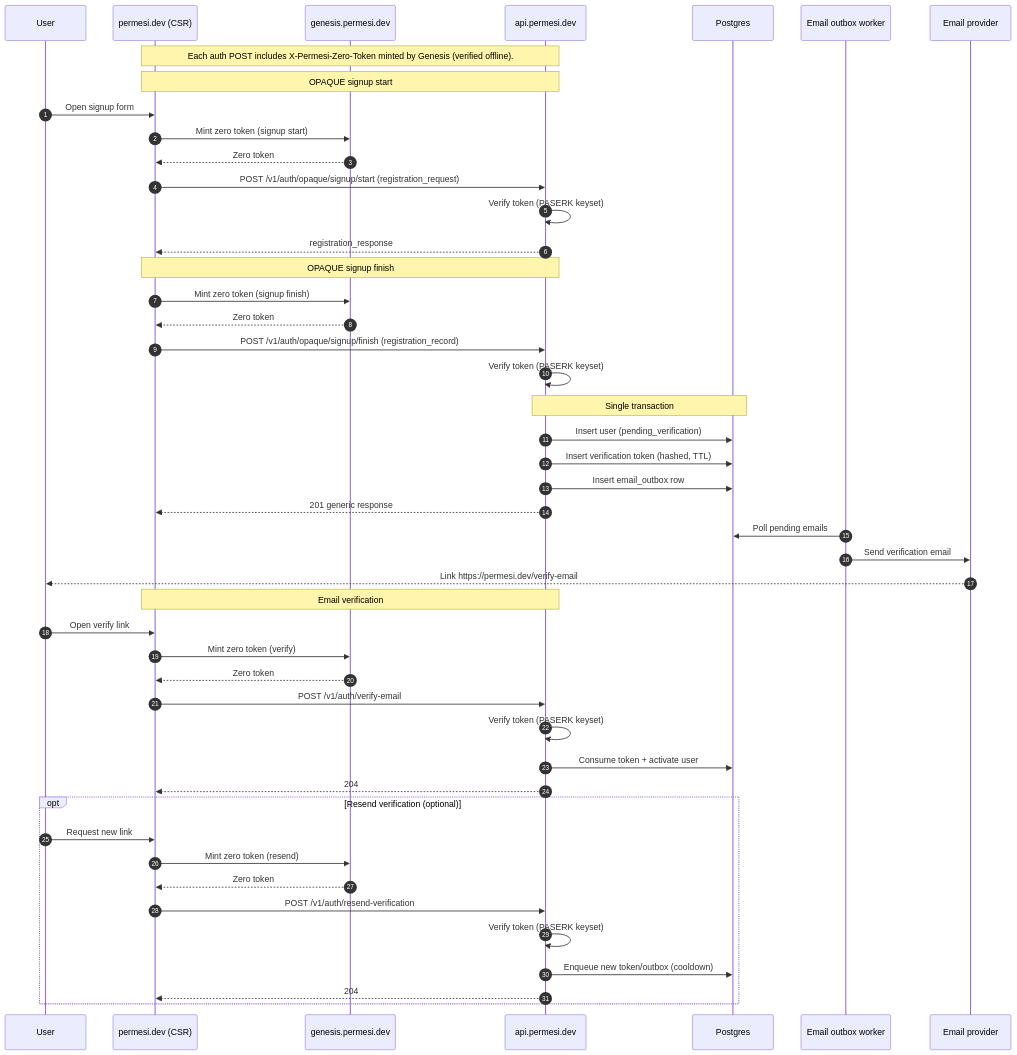
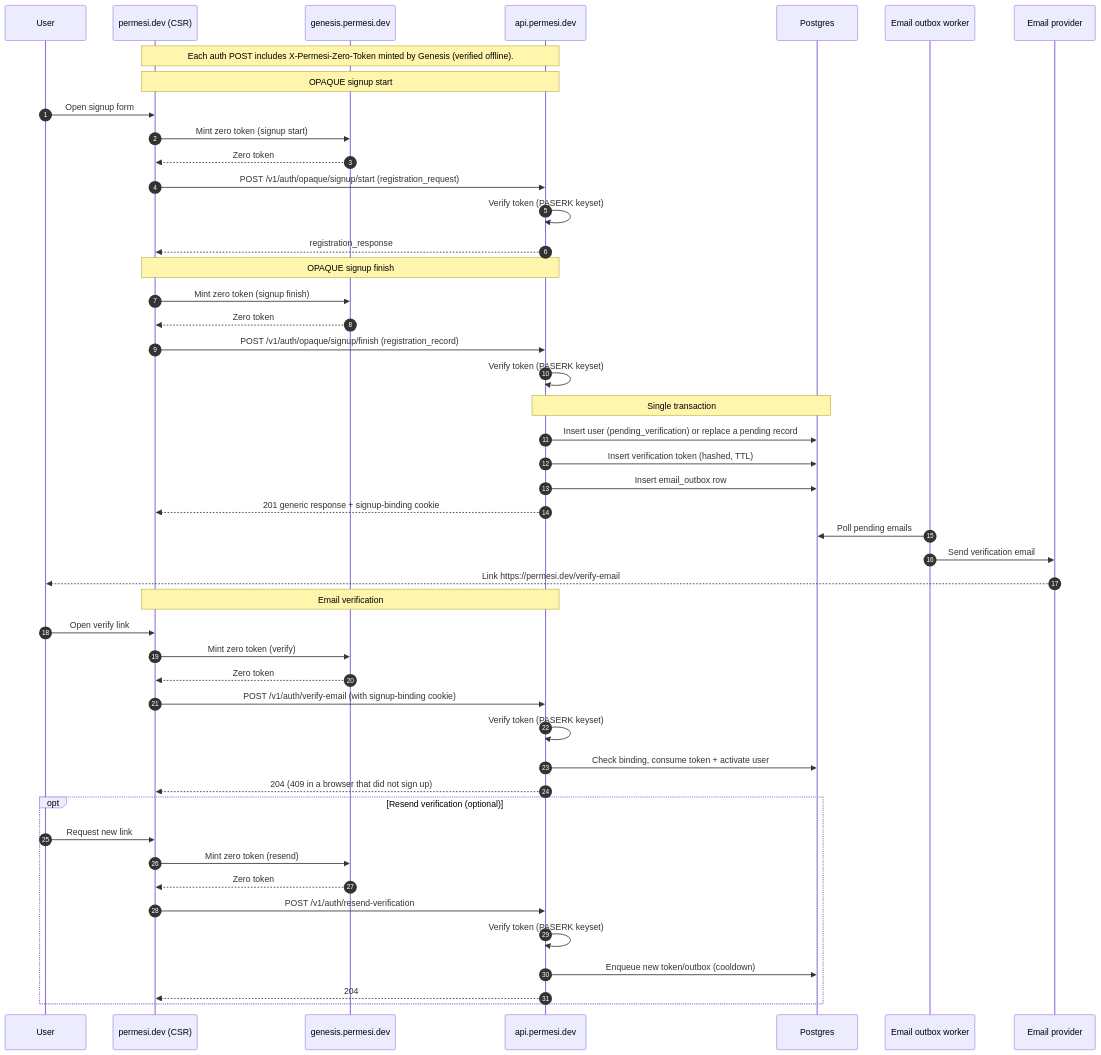
Before and after one commit to permesi/permesi: the first of 2 diagrams in apps/web/README.md, drawn with Mermaid. The commit also changed 17 other files, not shown here.

Commit message:
Bind email verification to the browser that signed up

````diff
--- a/apps/web/README.md
+++ b/apps/web/README.md
@@ -207,55 +207,55 @@
 ```mermaid
 sequenceDiagram
   autonumber
   participant User
   participant Web as permesi.dev (CSR)
   participant Genesis as genesis.permesi.dev
   participant API as api.permesi.dev
   participant DB as Postgres
   participant Outbox as Email outbox worker
   participant Mail as Email provider
 
   Note over Web,API: Each auth POST includes X-Permesi-Zero-Token minted by Genesis (verified offline).
 
   Note over Web,API: OPAQUE signup start
   User->>Web: Open signup form
   Web->>Genesis: Mint zero token (signup start)
   Genesis-->>Web: Zero token
   Web->>API: POST /v1/auth/opaque/signup/start (registration_request)
   API->>API: Verify token (PASERK keyset)
   API-->>Web: registration_response
 
   Note over Web,API: OPAQUE signup finish
   Web->>Genesis: Mint zero token (signup finish)
   Genesis-->>Web: Zero token
   Web->>API: POST /v1/auth/opaque/signup/finish (registration_record)
   API->>API: Verify token (PASERK keyset)
   Note over API,DB: Single transaction
-  API->>DB: Insert user (pending_verification)
+  API->>DB: Insert user (pending_verification) or replace a pending record
   API->>DB: Insert verification token (hashed, TTL)
   API->>DB: Insert email_outbox row
-  API-->>Web: 201 generic response
+  API-->>Web: 201 generic response + signup-binding cookie
 
   Outbox->>DB: Poll pending emails
   Outbox->>Mail: Send verification email
   Mail-->>User: Link https://permesi.dev/verify-email#token=...
 
   Note over Web,API: Email verification
   User->>Web: Open verify link
   Web->>Genesis: Mint zero token (verify)
   Genesis-->>Web: Zero token
-  Web->>API: POST /v1/auth/verify-email
+  Web->>API: POST /v1/auth/verify-email (with signup-binding cookie)
   API->>API: Verify token (PASERK keyset)
-  API->>DB: Consume token + activate user
-  API-->>Web: 204
+  API->>DB: Check binding, consume token + activate user
+  API-->>Web: 204 (409 in a browser that did not sign up)
 
       opt Resend verification (optional)
       User->>Web: Request new link
       Web->>Genesis: Mint zero token (resend)
       Genesis-->>Web: Zero token
       Web->>API: POST /v1/auth/resend-verification
       API->>API: Verify token (PASERK keyset)
       API->>DB: Enqueue new token/outbox (cooldown)
       API-->>Web: 204
     end
   ```
````
